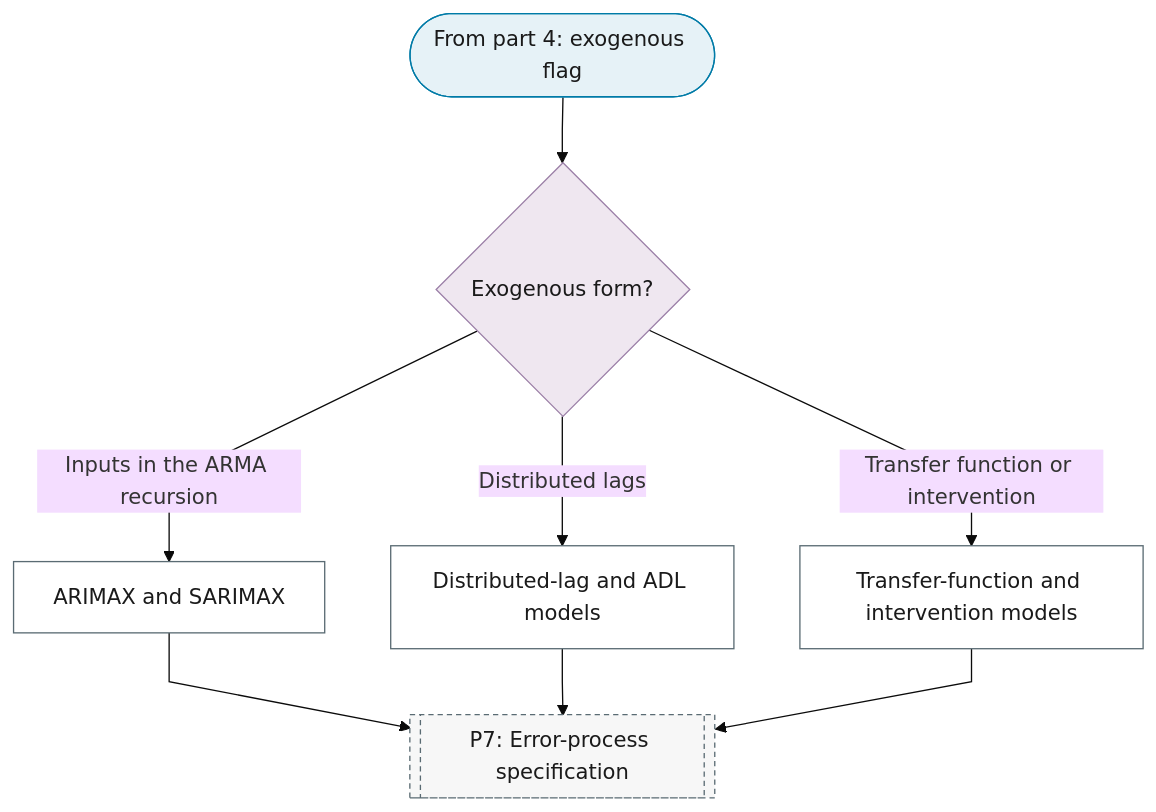
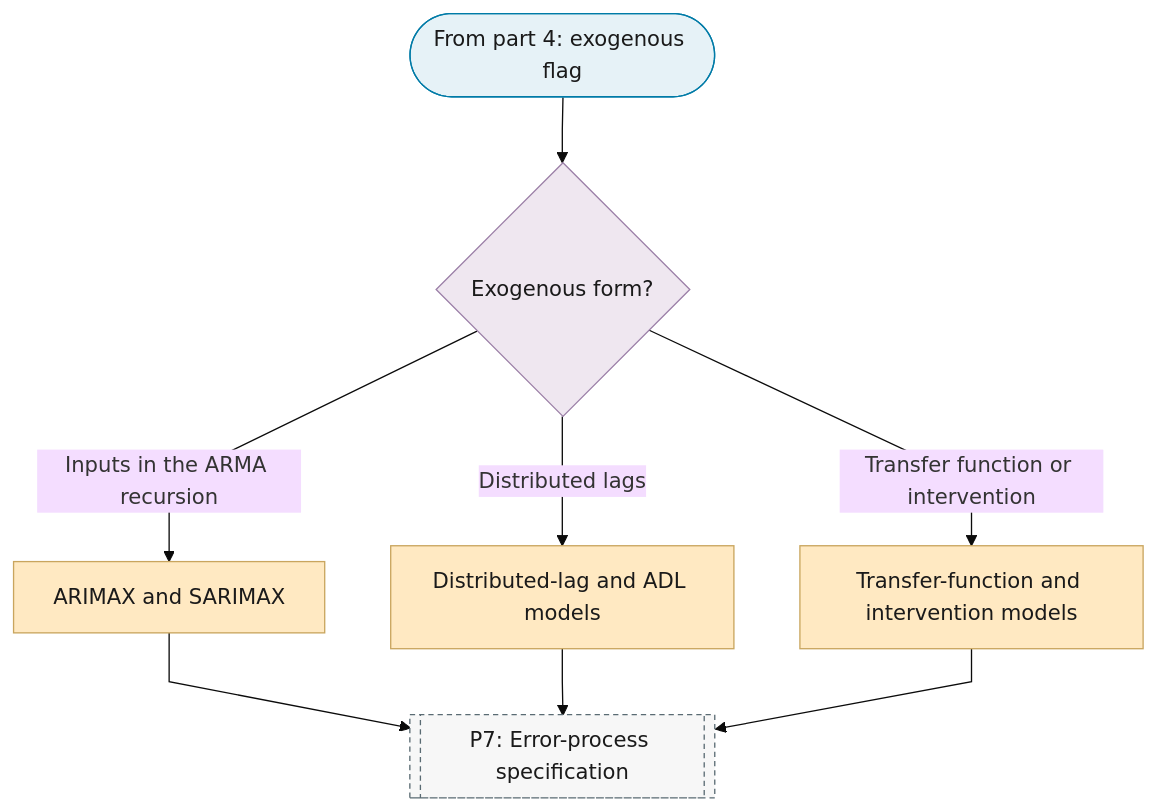
The fifth of 10 diagrams in docs/01-workflow/p06-mean-model-class.md (Shuxin-Y/time-series-analysis-manual), drawn with Mermaid (base theme) before and after one commit. The commit also changed other lines of this file and 1 other file, not shown here.

First line of the commit message:
style(flowchart): P6 model and P8 estimator leaves keep the escalate outcome class

````diff
--- a/docs/01-workflow/p06-mean-model-class.md
+++ b/docs/01-workflow/p06-mean-model-class.md
@@ -136,21 +137,21 @@
 ```mermaid
 %%{init: {"flowchart": {"curve": "linear"}}}%%
 graph TD
     P6_PART_5_IN(["From part 4: exogenous flag"]) --> P6_EXOG_FORM{"Exogenous form?"}
     P6_EXOG_FORM -->|"Inputs in the ARMA recursion"| P6_ARIMAX["ARIMAX and SARIMAX"]
     P6_EXOG_FORM -->|"Distributed lags"| P6_DYNAMIC_REGRESSION["Distributed-lag and ADL models"]
     P6_EXOG_FORM -->|"Transfer function or intervention"| P6_TRANSFER_FUNCTION["Transfer-function and intervention models"]
     P6_ARIMAX & P6_DYNAMIC_REGRESSION & P6_TRANSFER_FUNCTION --> P7[["P7: Error-process specification"]]
+    class P6_ARIMAX,P6_DYNAMIC_REGRESSION,P6_TRANSFER_FUNCTION escalate
     class P6_PART_5_IN terminator
     class P6_EXOG_FORM decision
-    class P6_ARIMAX,P6_DYNAMIC_REGRESSION,P6_TRANSFER_FUNCTION process
     class P7 ref
     classDef terminator fill:#E6F2F7,stroke:#007BA7,color:#1A1A1A;
     classDef process fill:#FFFFFF,stroke:#5A6B73,color:#1A1A1A;
     classDef decision fill:#EFE7F0,stroke:#9B7FA7,color:#1A1A1A;
     classDef data fill:#FFF4E0,stroke:#C9A55E,color:#1A1A1A;
     classDef good fill:#DCEFD8,stroke:#4A7A3F,color:#1A1A1A;
     classDef escalate fill:#FFE9C2,stroke:#C9A55E,color:#1A1A1A;
     classDef problem fill:#F2D9DE,stroke:#800020,color:#1A1A1A;
     classDef ref fill:#F7F7F7,stroke:#5A6B73,color:#1A1A1A,stroke-dasharray:4 3;
 ```
````
